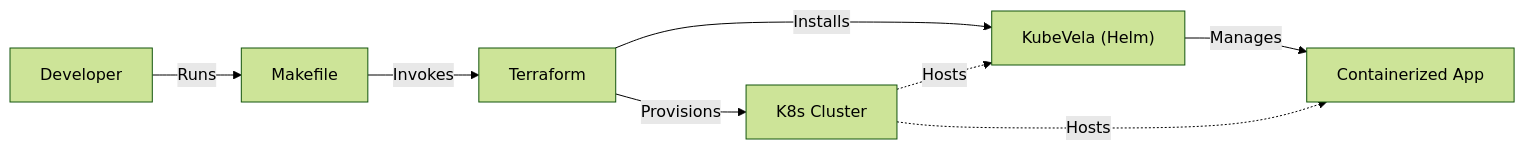
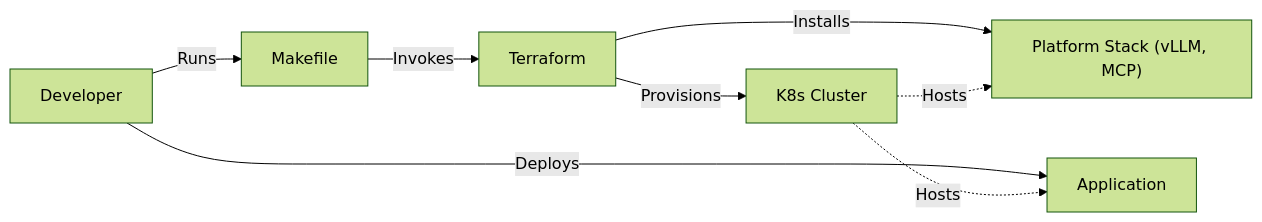
One commit to felipepenha/helm4genai changed the diagram in README.md. Above: the diagram before and after it, drawn with Mermaid (forest theme). The commit also changed other lines of this file and 16 other files, not shown here.

````diff
--- a/README.md
+++ b/README.md
@@ -118,12 +111,12 @@
 ```mermaid
 graph LR
     Developer -->|Runs| Makefile[Makefile]
     
     Makefile -->|Invokes| Terraform
     Terraform -->|Provisions| K8s[K8s Cluster]
-    Terraform -->|Installs| Vela["KubeVela (Helm)"]
+    Terraform -->|Installs| Platform["Platform Stack (vLLM, MCP)"]
     
-    K8s -.->|Hosts| Vela
-    Vela -->|Manages| App[Containerized App]
+    K8s -.->|Hosts| Platform
+    Developer -->|Deploys| App[Application]
     K8s -.->|Hosts| App
 ```
````
